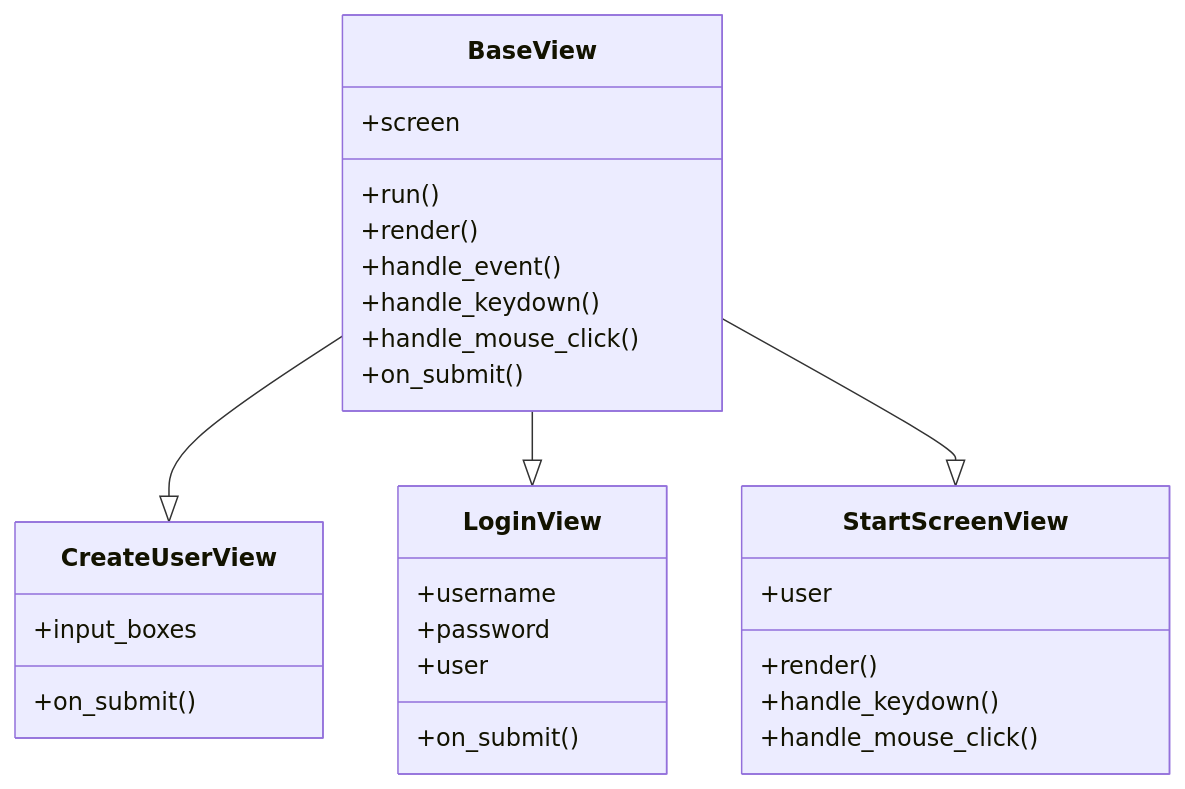
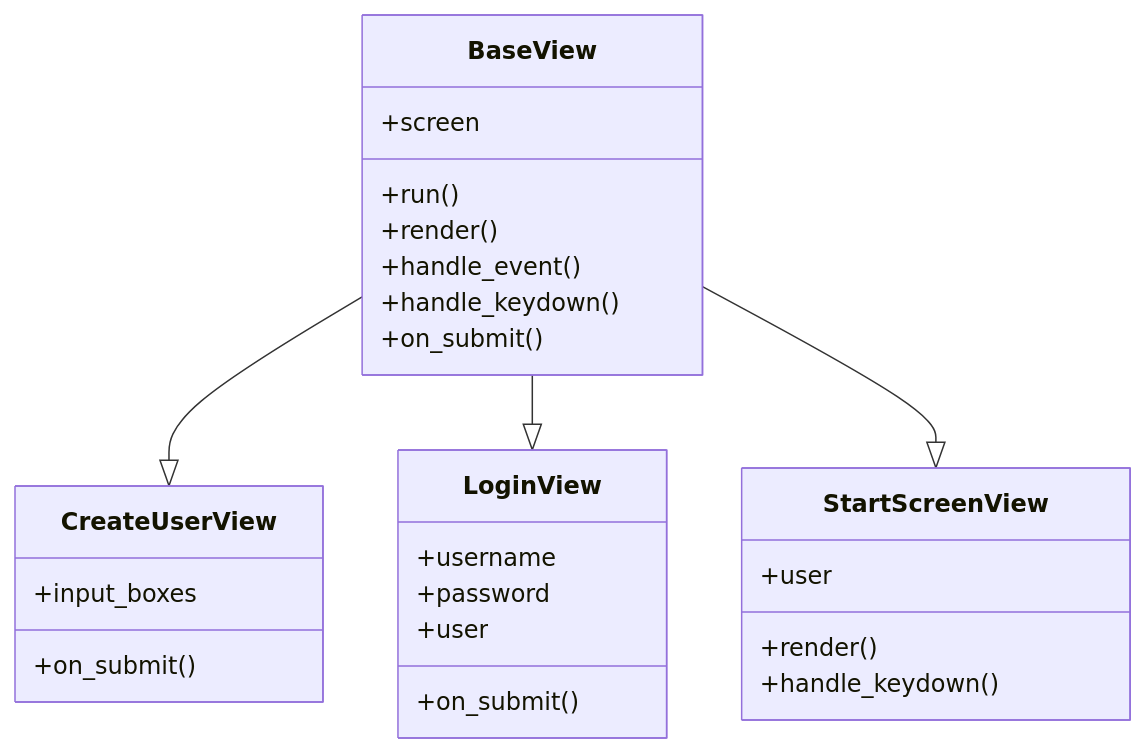
The third of 13 diagrams in dokumentaatio/arkkitehtuuri.md (Tapir79/ot-harjoitustyo), drawn with Mermaid before and after one commit. The commit also changed 5 other files, not shown here.

````diff
--- a/dokumentaatio/arkkitehtuuri.md
+++ b/dokumentaatio/arkkitehtuuri.md
@@ -41,38 +41,36 @@
 ```mermaid 
 classDiagram
 
     class BaseView {
         +screen
         +run()
         +render()
         +handle_event()
         +handle_keydown()
-        +handle_mouse_click()
         +on_submit()
     }
 
     class CreateUserView {
         +input_boxes
         +on_submit()
     }
 
     class LoginView {
         +username
         +password
         +user
         +on_submit()
     }
 
     class StartScreenView {
         +user
         +render()
         +handle_keydown()
-        +handle_mouse_click()
     }
 
     %% Inheritance
     BaseView --|>  CreateUserView 
     BaseView --|>  LoginView 
     BaseView --|>  StartScreenView
 
 ```
````
